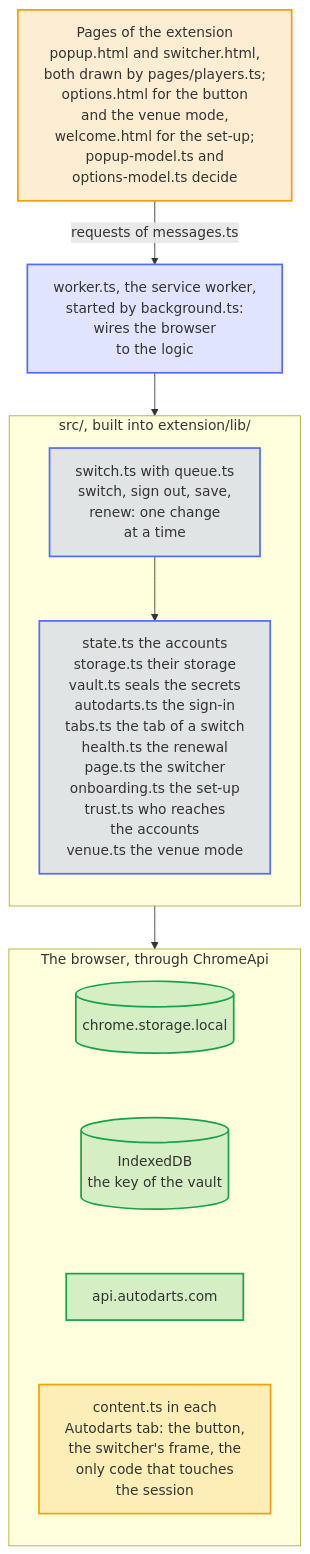
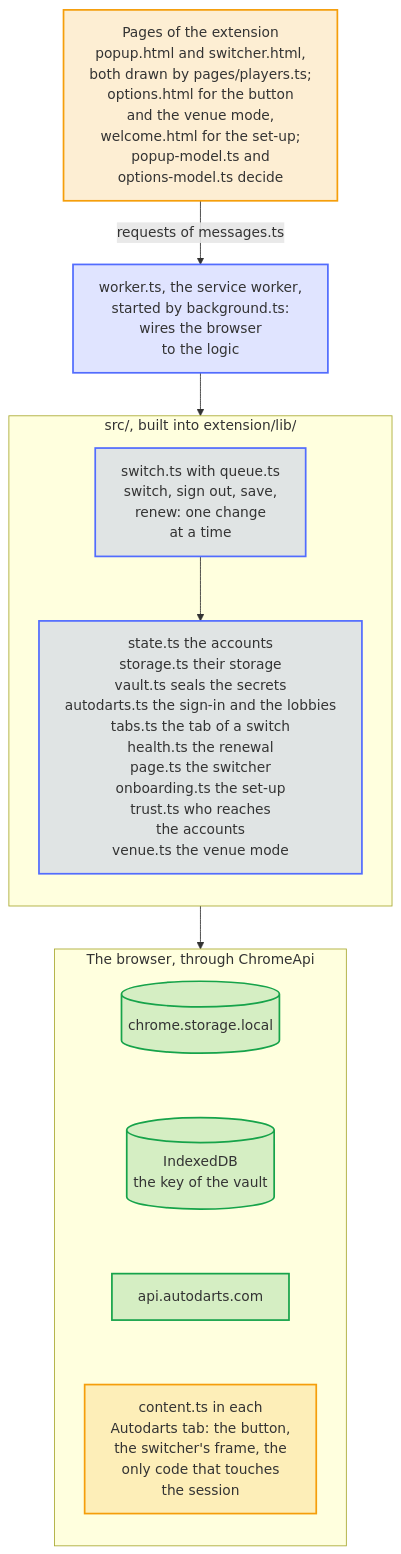
One commit to Dennis-Otto/player-switch-for-autodarts changed the diagram in docs/diagrams/architecture.mmd. Above: the diagram before and after it, drawn with Mermaid. The commit also changed 46 other files, not shown here.

```diff
--- a/docs/diagrams/architecture.mmd
+++ b/docs/diagrams/architecture.mmd
@@ -1,35 +1,35 @@
 ---
 config:
   flowchart:
     wrappingWidth: 400
 ---
 flowchart TB
     accTitle: How the code is laid out
-    accDescr: Every line that ships is TypeScript in src/, built into extension/lib/; extension/ holds only the manifest, the HTML, the styles, the icons and the texts. The popup and the switcher are pages of the extension that pages/players.ts draws, the options page keeps the settings of the button and of the venue mode, and the welcome page guides the first set-up; what they decide is in popup-model.ts and options-model.ts. They send their requests, typed in messages.ts, to worker.ts, the service worker, which background.ts starts on the real chrome and which wires the browser to the logic. There switch.ts makes every change of the accounts, one at a time through queue.ts, with state.ts for the saved accounts, storage.ts to store them with the version of their format, vault.ts to seal their sessions and passwords, and autodarts.ts for the sign-in service of Autodarts; tabs.ts picks the Autodarts tab, health.ts plans the renewal and the badge, page.ts decides for the switcher, onboarding.ts for the first set-up and the bug report, trust.ts who may send which request and who may read the storage, and venue.ts the PINs and the return after a break of the venue mode. The worker reaches chrome.storage.local, the IndexedDB of the key, api.autodarts.com and the content script only through ChromeApi, the typed port that background.ts fills with the real chrome and a test with a fake one. content.ts runs in each Autodarts tab as a classic script, shows the button and the frame of the switcher, and is the only code that reads or writes the session of the page.
+    accDescr: Every line that ships is TypeScript in src/, built into extension/lib/; extension/ holds only the manifest, the HTML, the styles, the icons and the texts. The popup and the switcher are pages of the extension that pages/players.ts draws, the options page keeps the settings of the button and of the venue mode, and the welcome page guides the first set-up; what they decide is in popup-model.ts and options-model.ts. They send their requests, typed in messages.ts, to worker.ts, the service worker, which background.ts starts on the real chrome and which wires the browser to the logic. There switch.ts makes every change of the accounts, one at a time through queue.ts, with state.ts for the saved accounts, storage.ts to store them with the version of their format, vault.ts to seal their sessions and passwords, and autodarts.ts for the sign-in service and the game service of Autodarts; tabs.ts picks the Autodarts tab, health.ts plans the renewal and the badge, page.ts decides for the switcher, onboarding.ts for the first set-up and the bug report, trust.ts who may send which request and who may read the storage, and venue.ts the PINs and the return after a break of the venue mode. The worker reaches chrome.storage.local, the IndexedDB of the key, api.autodarts.com and the content script only through ChromeApi, the typed port that background.ts fills with the real chrome and a test with a fake one. content.ts runs in each Autodarts tab as a classic script, shows the button and the frame of the switcher, and is the only code that reads or writes the session of the page.
 
     pages["Pages of the extension<br>popup.html and switcher.html,<br>both drawn by pages/players.ts;<br>options.html for the button<br>and the venue mode,<br>welcome.html for the set-up;<br>popup-model.ts and<br>options-model.ts decide"]
     worker["worker.ts, the service worker,<br>started by background.ts:<br>wires the browser<br>to the logic"]
     subgraph lib ["src/, built into extension/lib/"]
         direction TB
         switch["switch.ts with queue.ts<br>switch, sign out, save,<br>renew: one change<br>at a time"]
-        parts["state.ts the accounts<br>storage.ts their storage<br>vault.ts seals the secrets<br>autodarts.ts the sign-in<br>tabs.ts the tab of a switch<br>health.ts the renewal<br>page.ts the switcher<br>onboarding.ts the set-up<br>trust.ts who reaches<br>the accounts<br>venue.ts the venue mode"]
+        parts["state.ts the accounts<br>storage.ts their storage<br>vault.ts seals the secrets<br>autodarts.ts the sign-in and the lobbies<br>tabs.ts the tab of a switch<br>health.ts the renewal<br>page.ts the switcher<br>onboarding.ts the set-up<br>trust.ts who reaches<br>the accounts<br>venue.ts the venue mode"]
         switch --> parts
     end
     subgraph ports ["The browser, through ChromeApi"]
         direction TB
         storage[("chrome.storage.local")]
         keys[("IndexedDB<br>the key of the vault")]
         api["api.autodarts.com"]
         content["content.ts in each<br>Autodarts tab: the button,<br>the switcher's frame, the<br>only code that touches<br>the session"]
         storage ~~~ keys ~~~ api ~~~ content
     end
 
     pages -- "requests of messages.ts" --> worker --> lib
     lib --> ports
 
     classDef bot fill:#526cfe2e,stroke:#526cfe,stroke-width:2px
     classDef done fill:#16a34a2e,stroke:#16a34a,stroke-width:2px
     classDef person fill:#f59e0b2e,stroke:#f59e0b,stroke-width:2px
     class pages,content person
     class worker,switch,parts bot
     class storage,keys,api done
```
